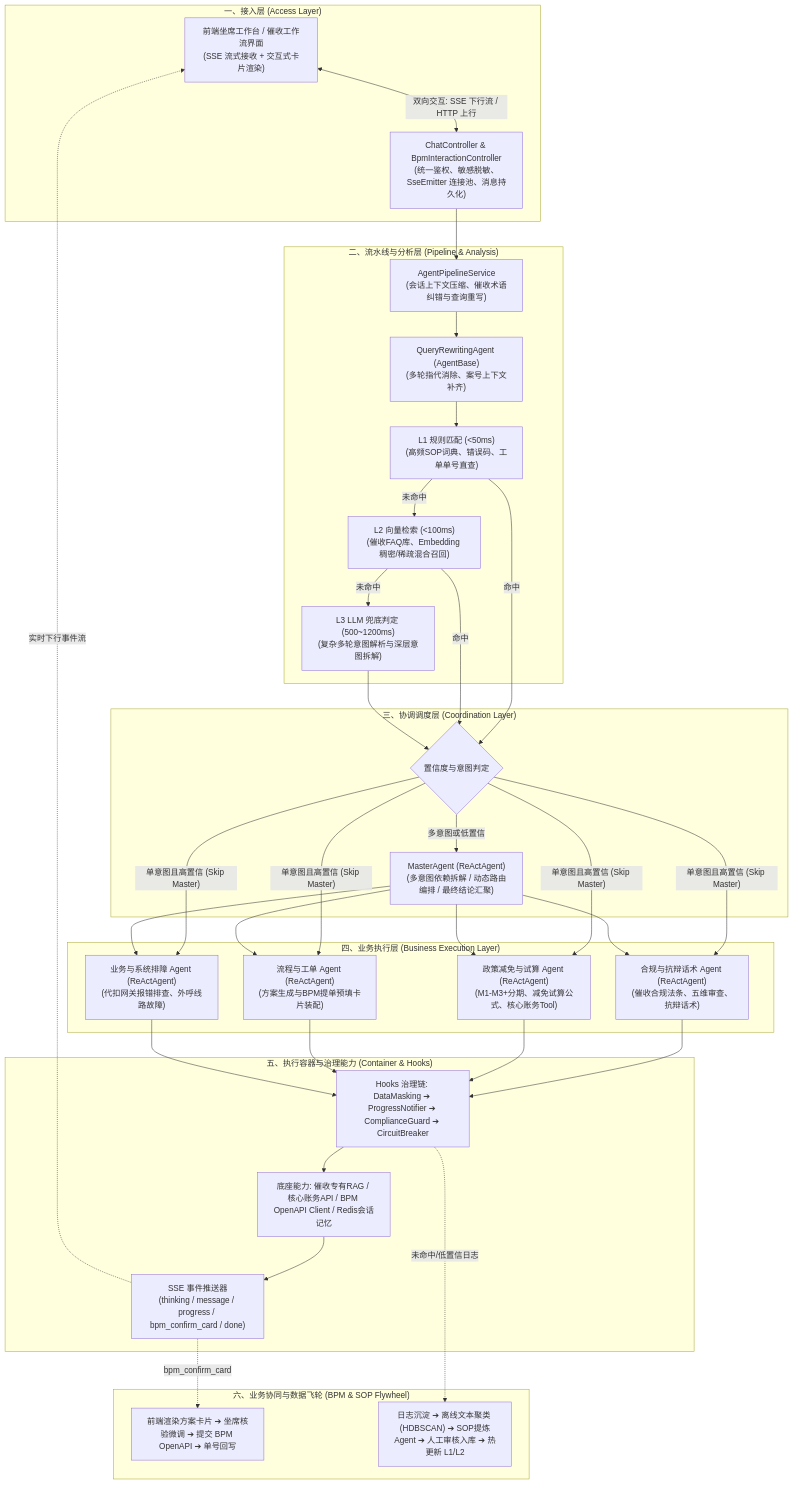
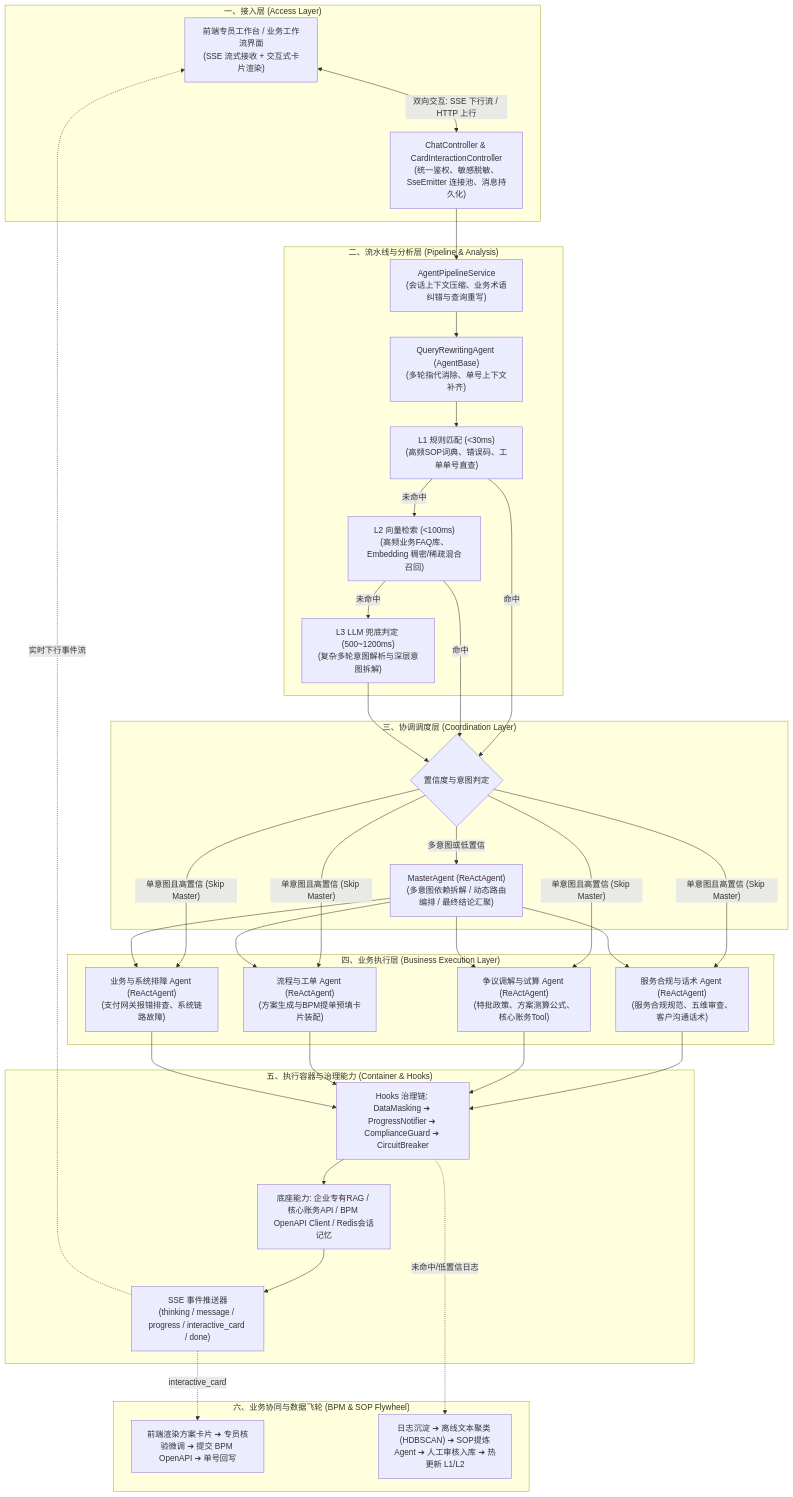
Before and after one commit to 1264585648/spring-ai-agentflow: the first of 5 diagrams in docs/01-系统架构全景与实施规划.md, drawn with Mermaid. The commit also changed other lines of this file and 31 other files, not shown here.

````diff
--- a/docs/01-系统架构全景与实施规划.md
+++ b/docs/01-系统架构全景与实施规划.md
@@ -38,61 +38,61 @@
 ```mermaid
 flowchart TD
     subgraph 接入层 ["一、接入层 (Access Layer)"]
-        UI["前端坐席工作台 / 催收工作流界面<br/>(SSE 流式接收 + 交互式卡片渲染)"]
-        Controller["ChatController & BpmInteractionController<br/>(统一鉴权、敏感脱敏、SseEmitter 连接池、消息持久化)"]
+        UI["前端专员工作台 / 业务工作流界面<br/>(SSE 流式接收 + 交互式卡片渲染)"]
+        Controller["ChatController & CardInteractionController<br/>(统一鉴权、敏感脱敏、SseEmitter 连接池、消息持久化)"]
         UI <-->|双向交互: SSE 下行流 / HTTP 上行| Controller
     end
 
     subgraph 分析与意图层 ["二、流水线与分析层 (Pipeline & Analysis)"]
-        Pipeline["AgentPipelineService<br/>(会话上下文压缩、催收术语纠错与查询重写)"]
-        Rewriter["QueryRewritingAgent (AgentBase)<br/>(多轮指代消除、案号上下文补齐)"]
-        L1["L1 规则匹配 (<50ms)<br/>(高频SOP词典、错误码、工单单号直查)"]
-        L2["L2 向量检索 (<100ms)<br/>(催收FAQ库、Embedding 稠密/稀疏混合召回)"]
+        Pipeline["AgentPipelineService<br/>(会话上下文压缩、业务术语纠错与查询重写)"]
+        Rewriter["QueryRewritingAgent (AgentBase)<br/>(多轮指代消除、单号上下文补齐)"]
+        L1["L1 规则匹配 (<30ms)<br/>(高频SOP词典、错误码、工单单号直查)"]
+        L2["L2 向量检索 (<100ms)<br/>(高频业务FAQ库、Embedding 稠密/稀疏混合召回)"]
         L3["L3 LLM 兜底判定 (500~1200ms)<br/>(复杂多轮意图解析与深层意图拆解)"]
 
         Pipeline --> Rewriter --> L1
         L1 -- 未命中 --> L2
         L2 -- 未命中 --> L3
     end
 
     Controller --> Pipeline
 
     subgraph 协调调度层 ["三、协调调度层 (Coordination Layer)"]
         Dispatcher{"置信度与意图判定"}
         L1 -- 命中 --> Dispatcher
         L2 -- 命中 --> Dispatcher
         L3 --> Dispatcher
 
         MasterAgent["MasterAgent (ReActAgent)<br/>(多意图依赖拆解 / 动态路由编排 / 最终结论汇聚)"]
     end
 
     subgraph 业务执行层 ["四、业务执行层 (Business Execution Layer)"]
-        Sub1["合规与抗辩话术 Agent (ReActAgent)<br/>(催收合规法条、五维审查、抗辩话术)"]
-        Sub2["政策减免与试算 Agent (ReActAgent)<br/>(M1-M3+分期、减免试算公式、核心账务Tool)"]
+        Sub1["服务合规与话术 Agent (ReActAgent)<br/>(服务合规规范、五维审查、客户沟通话术)"]
+        Sub2["争议调解与试算 Agent (ReActAgent)<br/>(特批政策、方案测算公式、核心账务Tool)"]
         Sub3["流程与工单 Agent (ReActAgent)<br/>(方案生成与BPM提单预填卡片装配)"]
-        Sub4["业务与系统排障 Agent (ReActAgent)<br/>(代扣网关报错排查、外呼线路故障)"]
+        Sub4["业务与系统排障 Agent (ReActAgent)<br/>(支付网关报错排查、系统链路故障)"]
 
         Dispatcher -->|"单意图且高置信 (Skip Master)"| Sub1 & Sub2 & Sub3 & Sub4
         Dispatcher -->|"多意图或低置信"| MasterAgent
         MasterAgent --> Sub1 & Sub2 & Sub3 & Sub4
     end
 
     subgraph 执行容器与能力层 ["五、执行容器与治理能力 (Container & Hooks)"]
         Hooks["Hooks 治理链: DataMasking ➔ ProgressNotifier ➔ ComplianceGuard ➔ CircuitBreaker"]
-        Tools["底座能力: 催收专有RAG / 核心账务API / BPM OpenAPI Client / Redis会话记忆"]
-        SSEHub["SSE 事件推送器<br/>(thinking / message / progress / bpm_confirm_card / done)"]
+        Tools["底座能力: 企业专有RAG / 核心账务API / BPM OpenAPI Client / Redis会话记忆"]
+        SSEHub["SSE 事件推送器<br/>(thinking / message / progress / interactive_card / done)"]
     end
 
     Sub1 & Sub2 & Sub3 & Sub4 --> Hooks
     Hooks --> Tools
     Tools --> SSEHub
     SSEHub -.->|实时下行事件流| UI
 
     subgraph 交互与数据闭环 ["六、业务协同与数据飞轮 (BPM & SOP Flywheel)"]
-        ConfirmCard["前端渲染方案卡片 ➔ 坐席核验微调 ➔ 提交 BPM OpenAPI ➔ 单号回写"]
+        ConfirmCard["前端渲染方案卡片 ➔ 专员核验微调 ➔ 提交 BPM OpenAPI ➔ 单号回写"]
         SOPFlywheel["日志沉淀 ➔ 离线文本聚类 (HDBSCAN) ➔ SOP提炼Agent ➔ 人工审核入库 ➔ 热更新 L1/L2"]
     end
 
-    SSEHub -.->|bpm_confirm_card| ConfirmCard
+    SSEHub -.->|interactive_card| ConfirmCard
     Hooks -.->|未命中/低置信日志| SOPFlywheel
 ```
````
